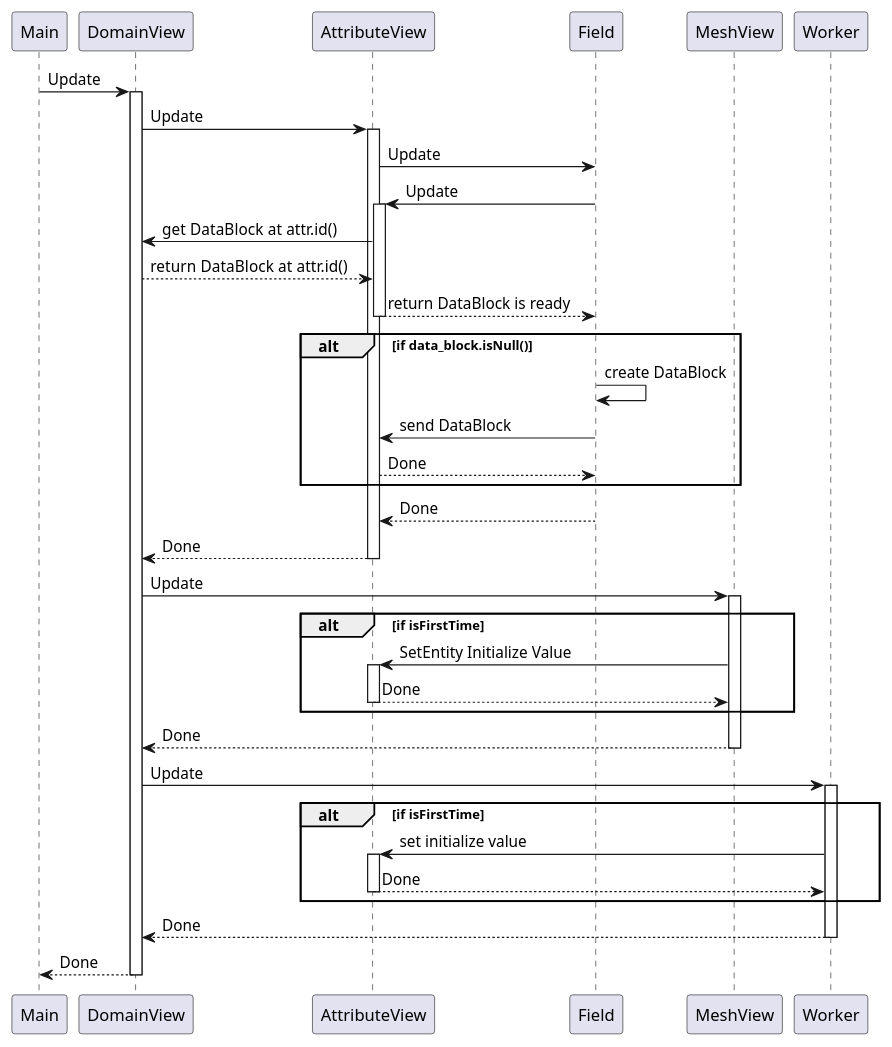
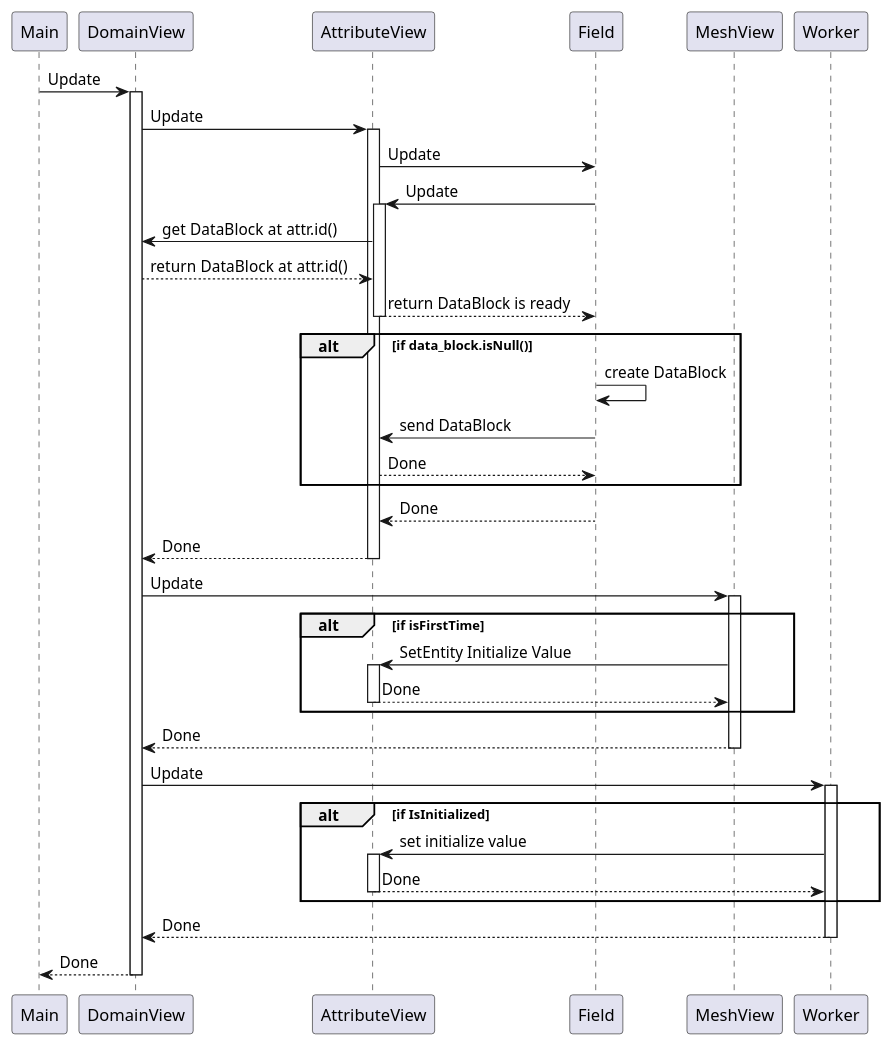
The fifth of 5 diagrams in src/simpla/engine/engine.puml (simpla-fusion/SimPla), drawn with PlantUML before and after one commit. The commit also changed 11 other files, not shown here.

```diff
--- a/src/simpla/engine/engine.puml
+++ b/src/simpla/engine/engine.puml
@@ -210,44 +210,44 @@
   @startuml
   Main ->DomainView: Update
   activate DomainView
       DomainView -> AttributeView : Update
       activate AttributeView
            AttributeView -> Field : Update
            Field -> AttributeView : Update
            activate AttributeView
                 AttributeView -> DomainView : get DataBlock at attr.id()
                 DomainView --> AttributeView : return DataBlock at attr.id()
                 AttributeView --> Field : return DataBlock is ready
            deactivate AttributeView
            alt if data_block.isNull()
                Field -> Field :  create DataBlock
                Field -> AttributeView : send DataBlock
                AttributeView --> Field : Done
            end
            Field --> AttributeView : Done
            AttributeView --> DomainView : Done
       deactivate AttributeView
       DomainView -> MeshView : Update
       activate MeshView
            alt if isFirstTime
                MeshView -> AttributeView : SetEntity Initialize Value
                activate AttributeView
                     AttributeView --> MeshView : Done
                deactivate AttributeView
            end
            MeshView --> DomainView : Done
       deactivate MeshView
       DomainView -> Worker : Update
       activate Worker
-           alt if isFirstTime
+           alt if IsInitialized
                Worker -> AttributeView : set initialize value
                activate AttributeView
                    AttributeView --> Worker : Done
                deactivate AttributeView
            end
            Worker --> DomainView : Done
       deactivate Worker
       DomainView --> Main : Done
   deactivate DomainView
   deactivate Main
   @enduml
```
